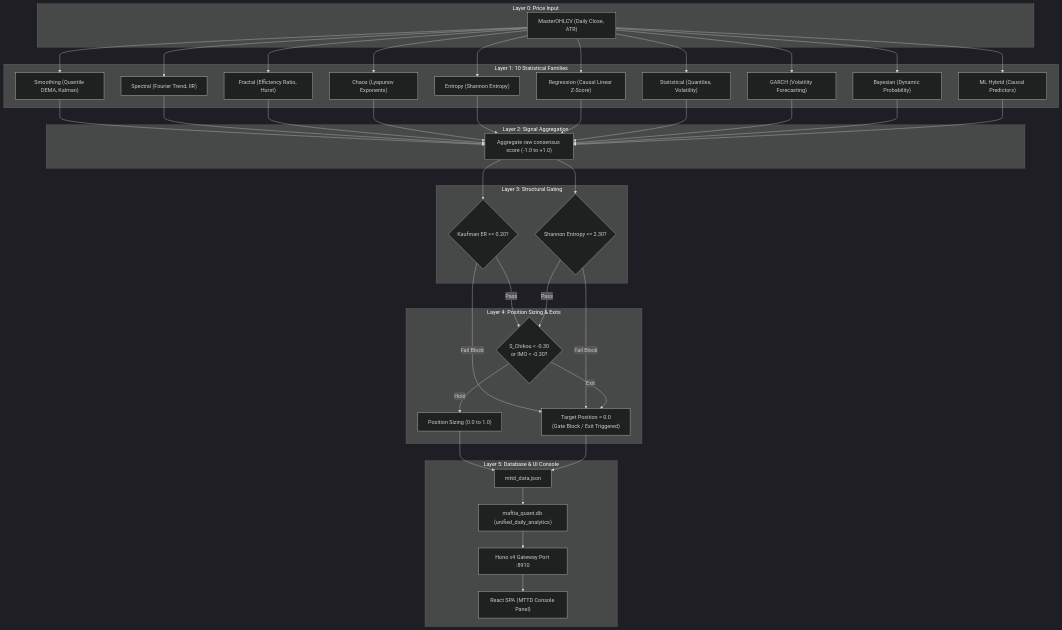
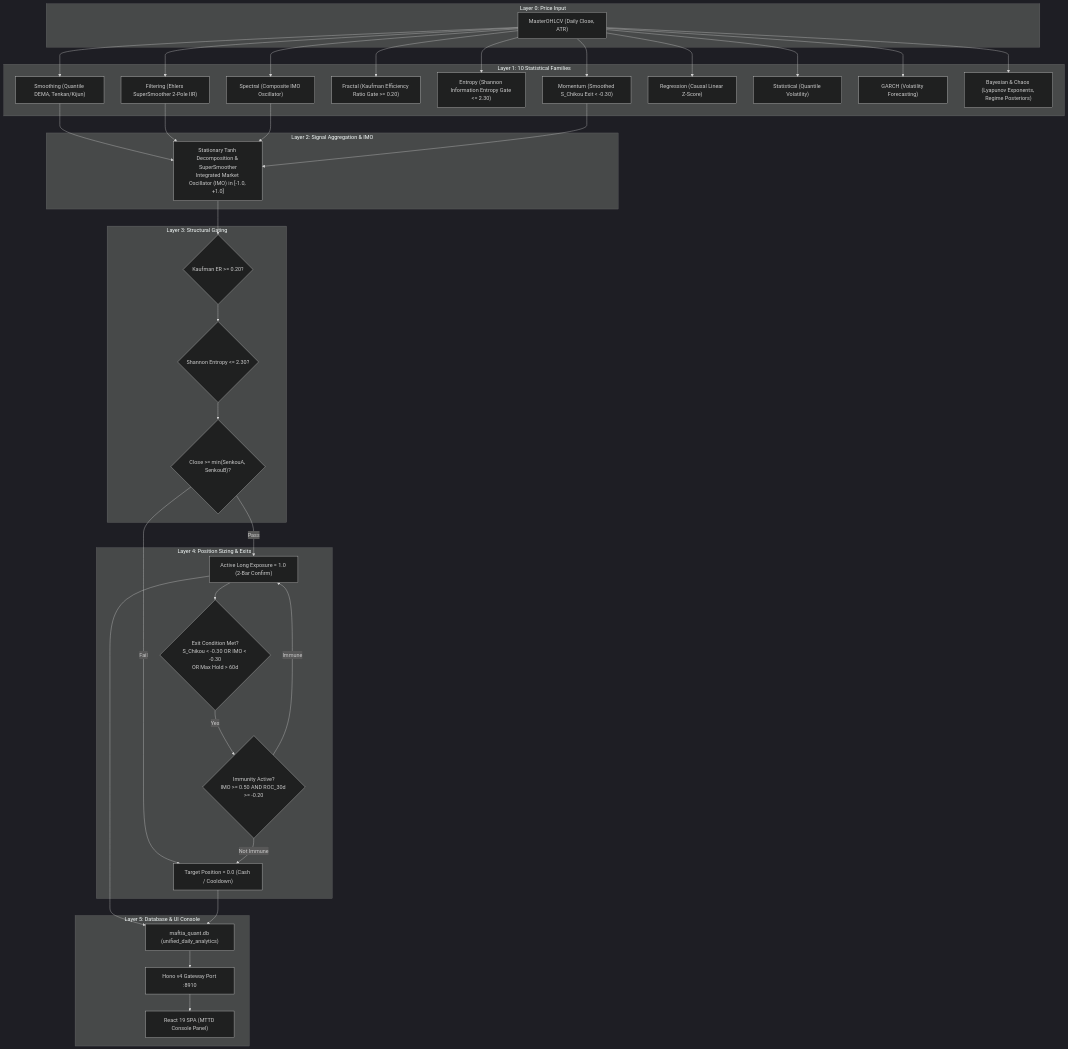
One commit to lutfi-zain/quant.maftia.tech changed the diagram in docs/architecture/03_mttd_system.md. Above: the diagram before and after it, drawn with Mermaid (dark theme). The commit also changed other lines of this file and 14 other files, not shown here.

Commit message:
docs: consolidate architecture documentation into canonical docs/architecture/ structure and remove obsolete files

````diff
--- a/docs/architecture/03_mttd_system.md
+++ b/docs/architecture/03_mttd_system.md
@@ -24,54 +24,55 @@
 ```mermaid
 graph TD
     subgraph Data [Layer 0: Price Input]
         OHLCV["MasterOHLCV (Daily Close, ATR)"]
     end
 
     subgraph Families [Layer 1: 10 Statistical Families]
-        F1["Smoothing (Quantile DEMA, Kalman)"]
-        F2["Spectral (Fourier Trend, IIR)"]
-        F3["Fractal (Efficiency Ratio, Hurst)"]
-        F4["Chaos (Lyapunov Exponents)"]
-        F5["Entropy (Shannon Entropy)"]
-        F6["Regression (Causal Linear Z-Score)"]
-        F7["Statistical (Quantiles, Volatility)"]
-        F8["GARCH (Volatility Forecasting)"]
-        F9["Bayesian (Dynamic Probability)"]
-        F10["ML Hybrid (Causal Predictors)"]
+        F1["Smoothing (Quantile DEMA, Tenkan/Kijun)"]
+        F2["Filtering (Ehlers SuperSmoother 2-Pole IIR)"]
+        F3["Spectral (Composite IMO Oscillator)"]
+        F4["Fractal (Kaufman Efficiency Ratio Gate >= 0.20)"]
+        F5["Entropy (Shannon Information Entropy Gate <= 2.30)"]
+        F6["Momentum (Smoothed S_Chikou Exit < -0.30)"]
+        F7["Regression (Causal Linear Z-Score)"]
+        F8["Statistical (Quantile Volatility)"]
+        F9["GARCH (Volatility Forecasting)"]
+        F10["Bayesian & Chaos (Lyapunov Exponents, Regime Posteriors)"]
         
         OHLCV --> F1 & F2 & F3 & F4 & F5 & F6 & F7 & F8 & F9 & F10
     end
 
-    subgraph Aggregation [Layer 2: Signal Aggregation]
-        RawOsc["Aggregate raw consensus score (-1.0 to +1.0)"]
-        F1 & F2 & F3 & F4 & F5 & F6 & F7 & F8 & F9 & F10 --> RawOsc
+    subgraph Aggregation [Layer 2: Signal Aggregation & IMO]
+        F1 & F2 & F3 & F6 --> RawOsc["Stationary Tanh Decomposition & SuperSmoother<br/>Integrated Market Oscillator (IMO) in [-1.0, +1.0]"]
     end
 
     subgraph Gates [Layer 3: Structural Gating]
         ER_Gate{"Kaufman ER >= 0.20?"}
         Ent_Gate{"Shannon Entropy <= 2.30?"}
+        Cloud_Gate{"Close >= min(SenkouA, SenkouB)?"}
         
-        RawOsc --> ER_Gate
-        RawOsc --> Ent_Gate
+        RawOsc --> ER_Gate --> Ent_Gate --> Cloud_Gate
     end
 
     subgraph Output [Layer 4: Position Sizing & Exits]
-        Exit_Eval{"S_Chikou < -0.30<br/>or IMO < -0.30?"}
-        Pos["Position Sizing (0.0 to 1.0)"]
-        CB_Active["Target Position = 0.0<br/>(Gate Block / Exit Triggered)"]
+        Exit_Eval{"Exit Condition Met?<br/>S_Chikou < -0.30 OR IMO < -0.30<br/>OR Max Hold > 60d"}
+        Immunity{"Immunity Active?<br/>IMO >= 0.50 AND ROC_30d >= -0.20"}
+        Pos["Active Long Exposure = 1.0 (2-Bar Confirm)"]
+        CB_Active["Target Position = 0.0 (Cash / Cooldown)"]
         
-        ER_Gate & Ent_Gate -->|Pass| Exit_Eval
-        ER_Gate & Ent_Gate -->|Fail Block| CB_Active
-        Exit_Eval -->|Exit| CB_Active
-        Exit_Eval -->|Hold| Pos
+        Cloud_Gate -->|Pass| Pos
+        Cloud_Gate -->|Fail| CB_Active
+        Pos --> Exit_Eval
+        Exit_Eval -->|Yes| Immunity
+        Immunity -->|Immune| Pos
+        Immunity -->|Not Immune| CB_Active
     end
 
     subgraph Presentation [Layer 5: Database & UI Console]
-        JSON_Out["mttd_data.json"]
         DB_Master["maftia_quant.db (unified_daily_analytics)"]
         API["Hono v4 Gateway Port :8910"]
-        UI["React SPA (MTTD Console Panel)"]
+        UI["React 19 SPA (MTTD Console Panel)"]
         
-        Pos & CB_Active --> JSON_Out --> DB_Master --> API --> UI
+        Pos & CB_Active --> DB_Master --> API --> UI
     end
 ```
````
